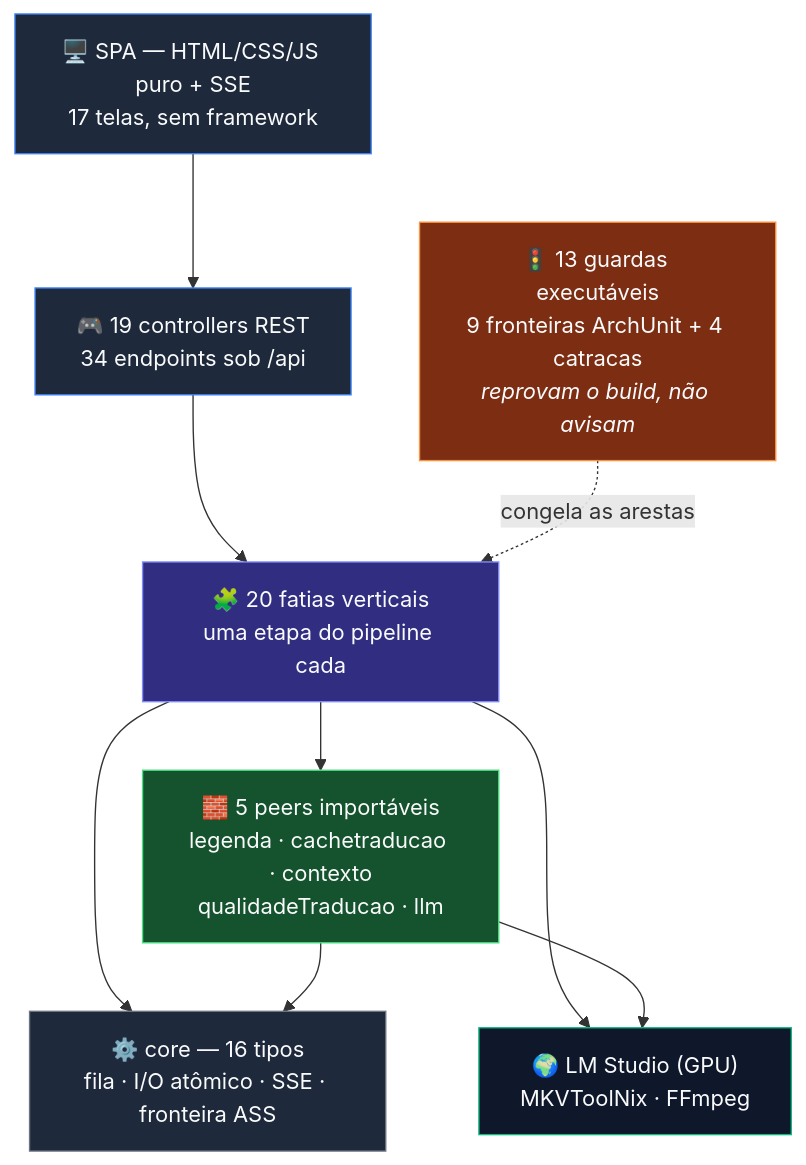
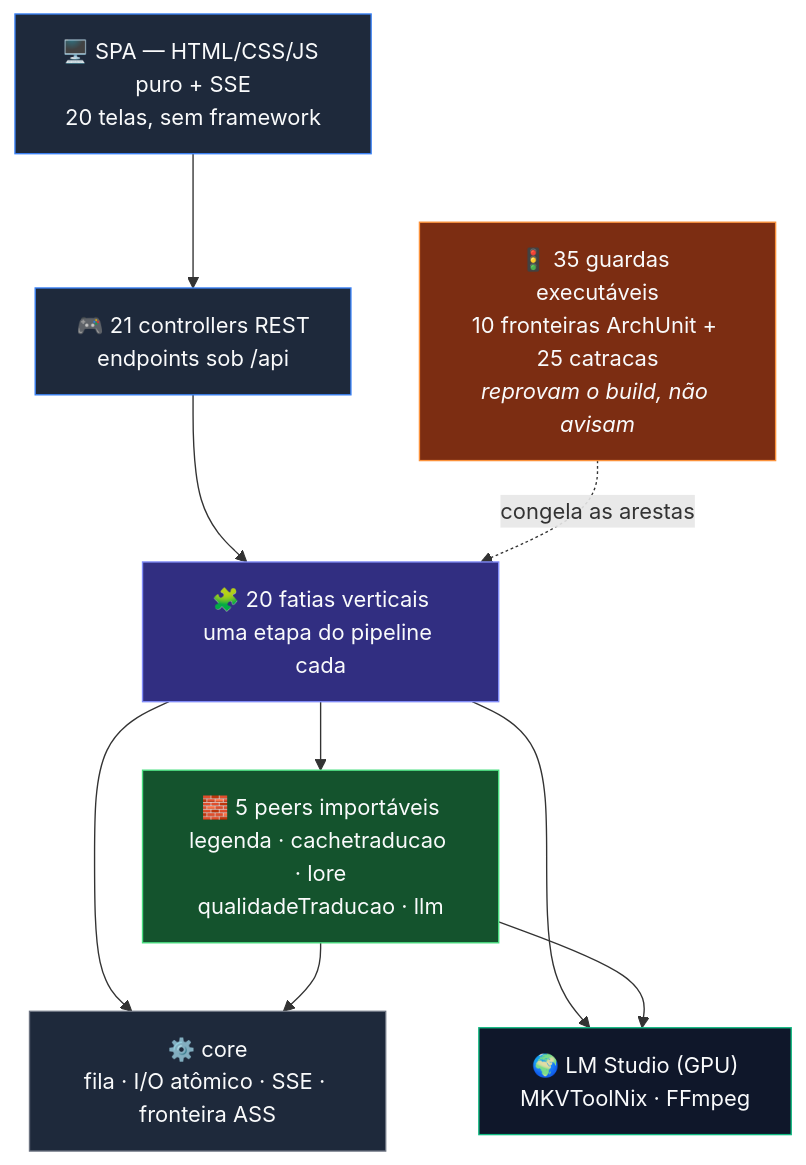
Before and after one commit to carmipa/traducao_animes_llm_local_quarkus-1: the first of 2 diagrams in README.md, drawn with Mermaid. The commit also changed other lines of this file and 35 other files, not shown here.

````diff
--- a/README.md
+++ b/README.md
@@ -134,24 +139,24 @@
 ```mermaid
 graph TD
-    SPA["🖥️ SPA — HTML/CSS/JS puro + SSE<br/>17 telas, sem framework"] --> CTRL["🎮 19 controllers REST<br/>34 endpoints sob /api"]
+    SPA["🖥️ SPA — HTML/CSS/JS puro + SSE<br/>20 telas, sem framework"] --> CTRL["🎮 21 controllers REST<br/>endpoints sob /api"]
     CTRL --> SLICES["🧩 20 fatias verticais<br/>uma etapa do pipeline cada"]
-    SLICES --> PEERS["🧱 5 peers importáveis<br/>legenda · cachetraducao · contexto<br/>qualidadeTraducao · llm"]
-    SLICES --> CORE["⚙️ core — 16 tipos<br/>fila · I/O atômico · SSE · fronteira ASS"]
+    SLICES --> PEERS["🧱 5 peers importáveis<br/>legenda · cachetraducao · lore<br/>qualidadeTraducao · llm"]
+    SLICES --> CORE["⚙️ core<br/>fila · I/O atômico · SSE · fronteira ASS"]
     PEERS --> CORE
     SLICES --> EXT["🌍 LM Studio (GPU)<br/>MKVToolNix · FFmpeg"]
     PEERS --> EXT
-    GUARD["🚦 13 guardas executáveis<br/>9 fronteiras ArchUnit + 4 catracas<br/><i>reprovam o build, não avisam</i>"] -.->|congela as arestas| SLICES
+    GUARD["🚦 35 guardas executáveis<br/>10 fronteiras ArchUnit + 25 catracas<br/><i>reprovam o build, não avisam</i>"] -.->|congela as arestas| SLICES
 
     classDef a fill:#1e293b,stroke:#3B82F6,color:#F9FAFB
     classDef b fill:#312e81,stroke:#818CF8,color:#F9FAFB
     classDef c fill:#14532d,stroke:#4ADE80,color:#F9FAFB
     classDef d fill:#0f172a,stroke:#10B981,color:#F9FAFB
     classDef e fill:#1e293b,stroke:#6B7280,color:#F9FAFB
     classDef g fill:#7c2d12,stroke:#FB923C,color:#F9FAFB
     class SPA,CTRL a
     class SLICES b
     class PEERS c
     class EXT d
     class CORE e
     class GUARD g
 ```
````
